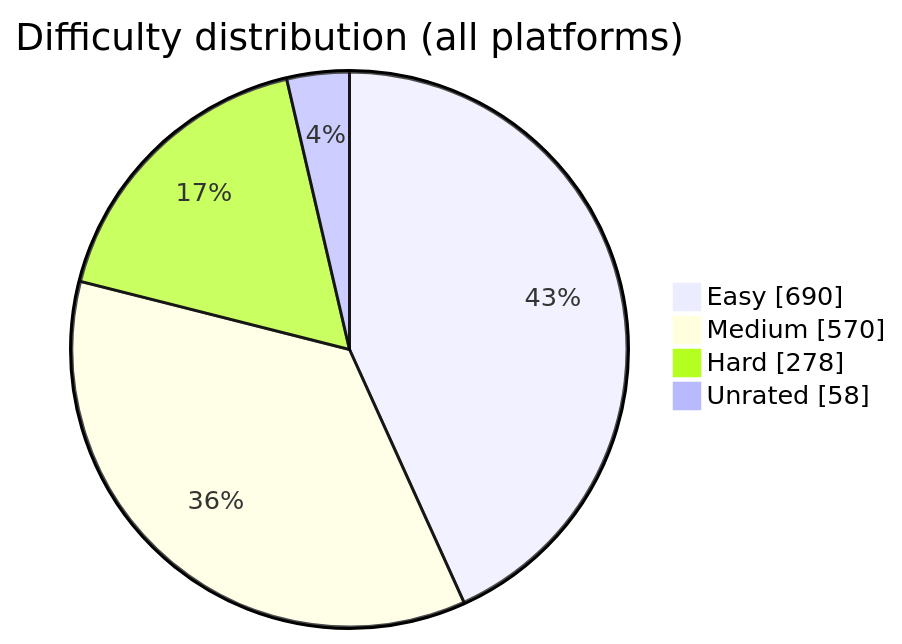
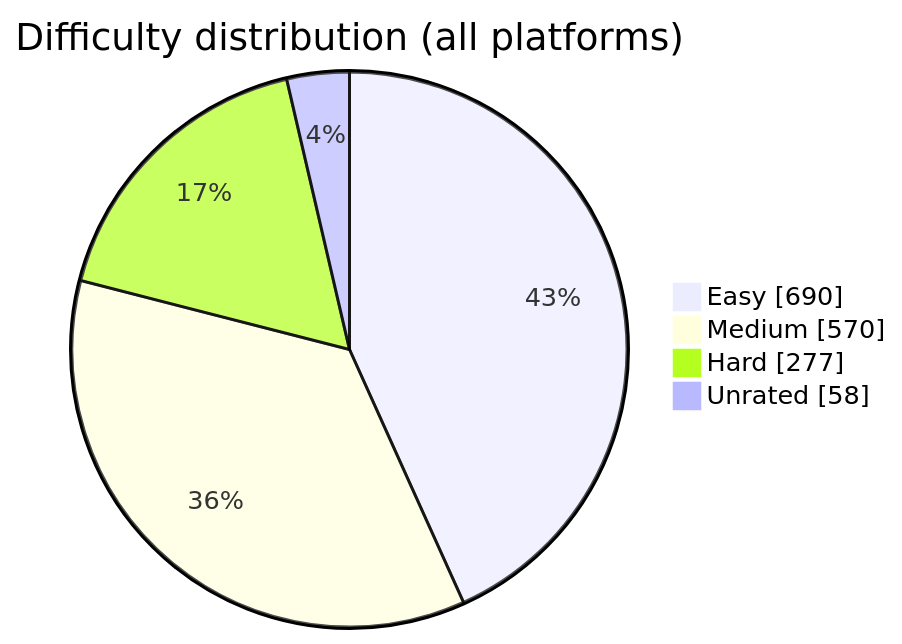
The diagram in README.md (BuildbyArindam/Daily-Coding-Log), drawn with Mermaid before and after one commit. The commit also changed other lines of this file, not shown here.

````diff
--- a/README.md
+++ b/README.md
@@ -93,7 +93,7 @@
 ```mermaid
 pie showData title Difficulty distribution (all platforms)
     "Easy" : 690
     "Medium" : 570
-    "Hard" : 278
+    "Hard" : 277
     "Unrated" : 58
 ```
````
